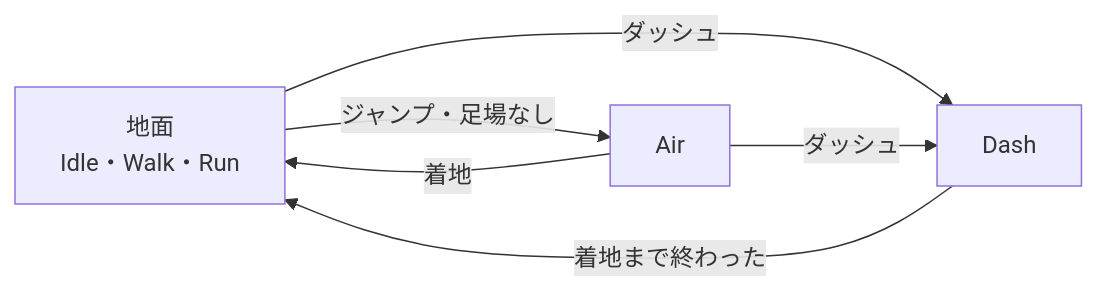
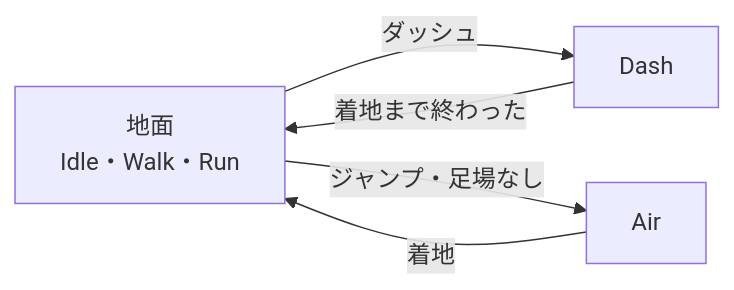
One commit to hirota-ryuki/Action changed the first of 3 diagrams in Action/docs/ゲーム/プレイヤー/プレイヤーのステートの設計.md. Above: the diagram before and after it, drawn with Mermaid. The commit also changed other lines of this file and 8 other files, not shown here.

````diff
--- a/Action/docs/ゲーム/プレイヤー/プレイヤーのステートの設計.md
+++ b/Action/docs/ゲーム/プレイヤー/プレイヤーのステートの設計.md
@@ -17,8 +17,7 @@
 ```mermaid
 flowchart LR
     G["地面<br/>Idle・Walk・Run"] -->|ダッシュ| D[Dash]
     D -->|着地まで終わった| G
     G -->|ジャンプ・足場なし| A[Air]
     A -->|着地| G
-    A -->|ダッシュ| D
 ```
````
